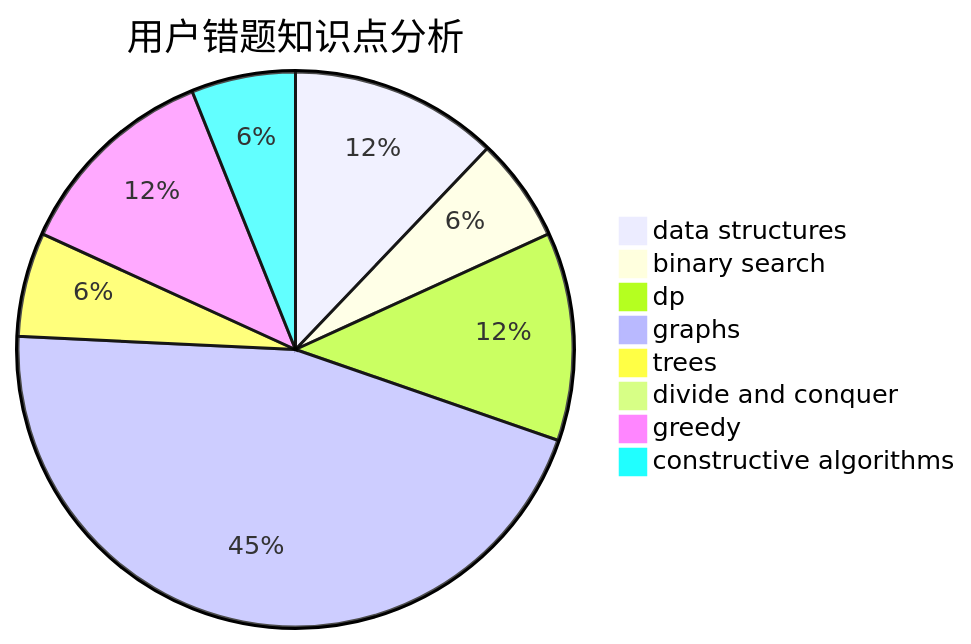
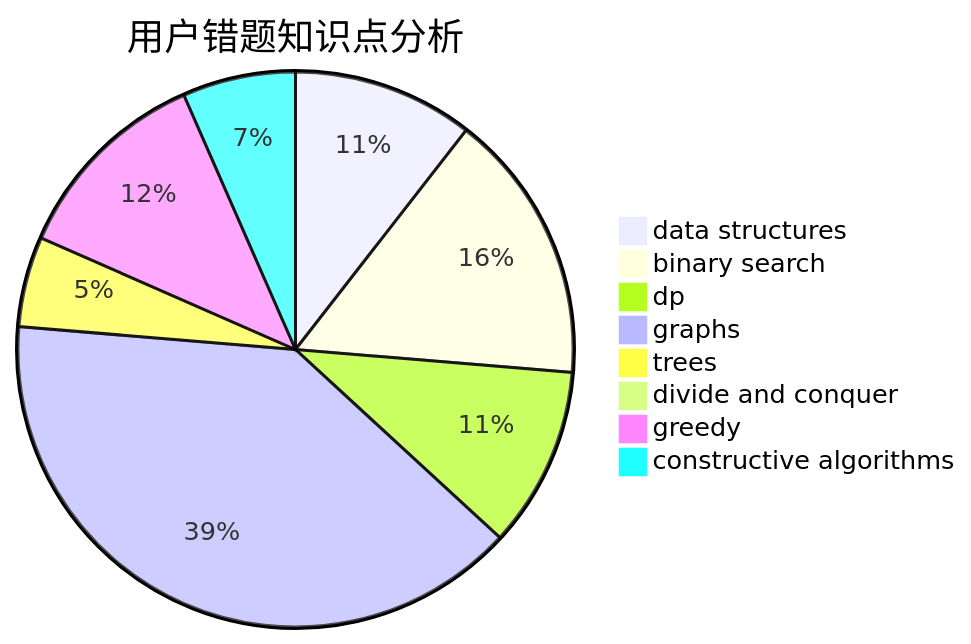
One commit to sherpahu/cfrs.github.io changed the third of 3 diagrams in docs/user/u1314.md. Above: the diagram before and after it, drawn with Mermaid. The commit also changed other lines of this file and 2770 other files, not shown here.

````diff
--- a/docs/user/u1314.md
+++ b/docs/user/u1314.md
@@ -36,11 +36,11 @@
 ```mermaid
 pie title 用户错题知识点分析
     "data structures" :  8
-    "binary search" :  4
+    "binary search" :  12
     "dp" :  8
     "graphs" :  30
     "trees" :  4
     "divide and conquer" :  0
-    "greedy" :  8
-    "constructive algorithms" :  4
+    "greedy" :  9
+    "constructive algorithms" :  5
 ```
````
